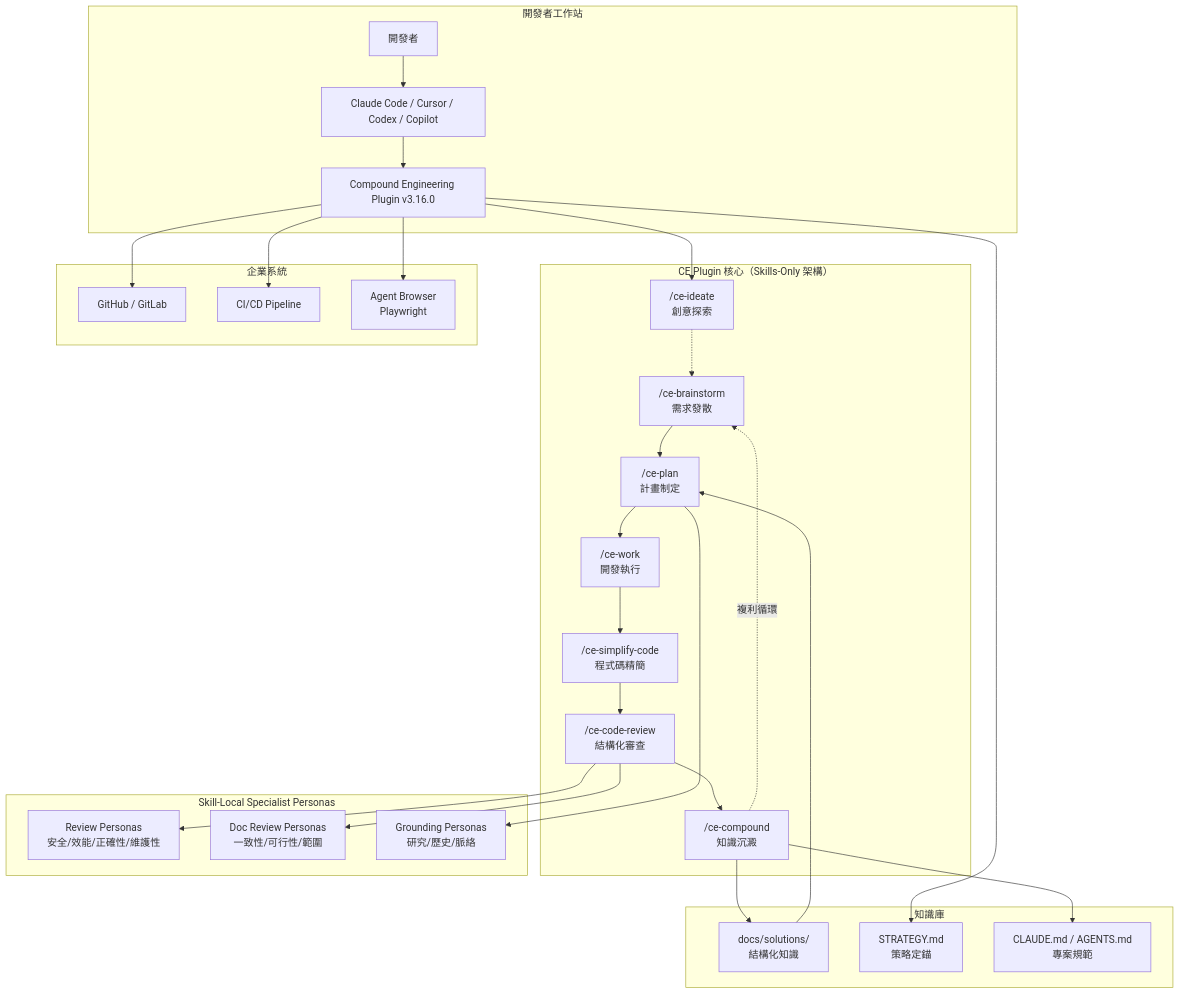
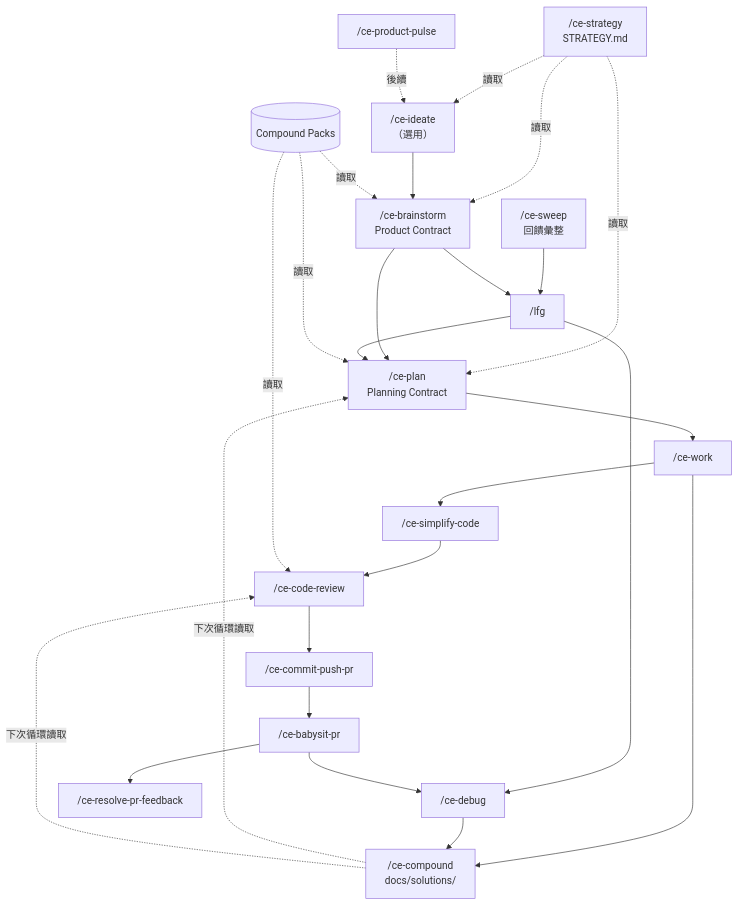
One commit to chihhung/Blog changed the third of 10 diagrams in content/posts/教學/AI開發/Compound Engineering 教學手冊.md. Above: the diagram before and after it, drawn with Mermaid. The commit also changed other lines of this file and 1 other file, not shown here.

Commit message:
docs: multic and compound engineering content update

````diff
--- a/content/posts/教學/AI開發/Compound Engineering 教學手冊.md
+++ b/content/posts/教學/AI開發/Compound Engineering 教學手冊.md
@@ -216,54 +546,27 @@
 ```mermaid
-graph TB
-    subgraph "開發者工作站"
-        DEV[開發者]
-        CC[Claude Code / Cursor / Codex / Copilot]
-        CE[Compound Engineering Plugin v3.16.0]
-    end
-
-    subgraph "CE Plugin 核心（Skills-Only 架構）"
-        IDEATE["/ce-ideate<br/>創意探索"]
-        BRAIN["/ce-brainstorm<br/>需求發散"]
-        PLAN["/ce-plan<br/>計畫制定"]
-        WORK["/ce-work<br/>開發執行"]
-        SIMPLIFY["/ce-simplify-code<br/>程式碼精簡"]
-        REVIEW["/ce-code-review<br/>結構化審查"]
-        COMPOUND["/ce-compound<br/>知識沉澱"]
-    end
-
-    subgraph "Skill-Local Specialist Personas"
-        RP[Review Personas<br/>安全/效能/正確性/維護性]
-        DRP[Doc Review Personas<br/>一致性/可行性/範圍]
-        GP[Grounding Personas<br/>研究/歷史/脈絡]
-    end
-
-    subgraph "知識庫"
-        KB[docs/solutions/<br/>結構化知識]
-        STRATEGY[STRATEGY.md<br/>策略定錨]
-        CLAUDE_MD[CLAUDE.md / AGENTS.md<br/>專案規範]
-    end
-
-    subgraph "企業系統"
-        GIT[GitHub / GitLab]
-        CICD[CI/CD Pipeline]
-        BROWSER[Agent Browser<br/>Playwright]
-    end
-
-    DEV --> CC
-    CC --> CE
-    CE --> IDEATE -.-> BRAIN --> PLAN --> WORK --> SIMPLIFY --> REVIEW --> COMPOUND
-    COMPOUND -.->|複利循環| BRAIN
-
-    REVIEW --> RP
-    PLAN --> GP
-    REVIEW --> DRP
-
-    COMPOUND --> KB
-    KB --> PLAN
-    COMPOUND --> CLAUDE_MD
-    CE --> STRATEGY
-
-    CE --> GIT
-    CE --> CICD
-    CE --> BROWSER
+flowchart TD
+    ST["/ce-strategy<br/>STRATEGY.md"] -.讀取.-> ID
+    ST -.讀取.-> BR
+    ST -.讀取.-> PL
+    ID["/ce-ideate<br/>（選用）"] --> BR["/ce-brainstorm<br/>Product Contract"]
+    SW["/ce-sweep<br/>回饋彙整"] --> LFG
+    BR --> PL["/ce-plan<br/>Planning Contract"]
+    BR --> LFG["/lfg"]
+    PL --> WK["/ce-work"]
+    LFG --> PL
+    LFG --> DBG
+    WK --> SIM["/ce-simplify-code"]
+    SIM --> CR["/ce-code-review"]
+    CR --> CPP["/ce-commit-push-pr"]
+    CPP --> BAB["/ce-babysit-pr"]
+    BAB --> RPF["/ce-resolve-pr-feedback"]
+    BAB --> DBG["/ce-debug"]
+    WK --> CMP["/ce-compound<br/>docs/solutions/"]
+    DBG --> CMP
+    CMP -.下次循環讀取.-> PL
+    CMP -.下次循環讀取.-> CR
+    PK[(Compound Packs)] -.讀取.-> BR
+    PK -.讀取.-> PL
+    PK -.讀取.-> CR
+    PP["/ce-product-pulse"] -.後續.-> ID
 ```
````
